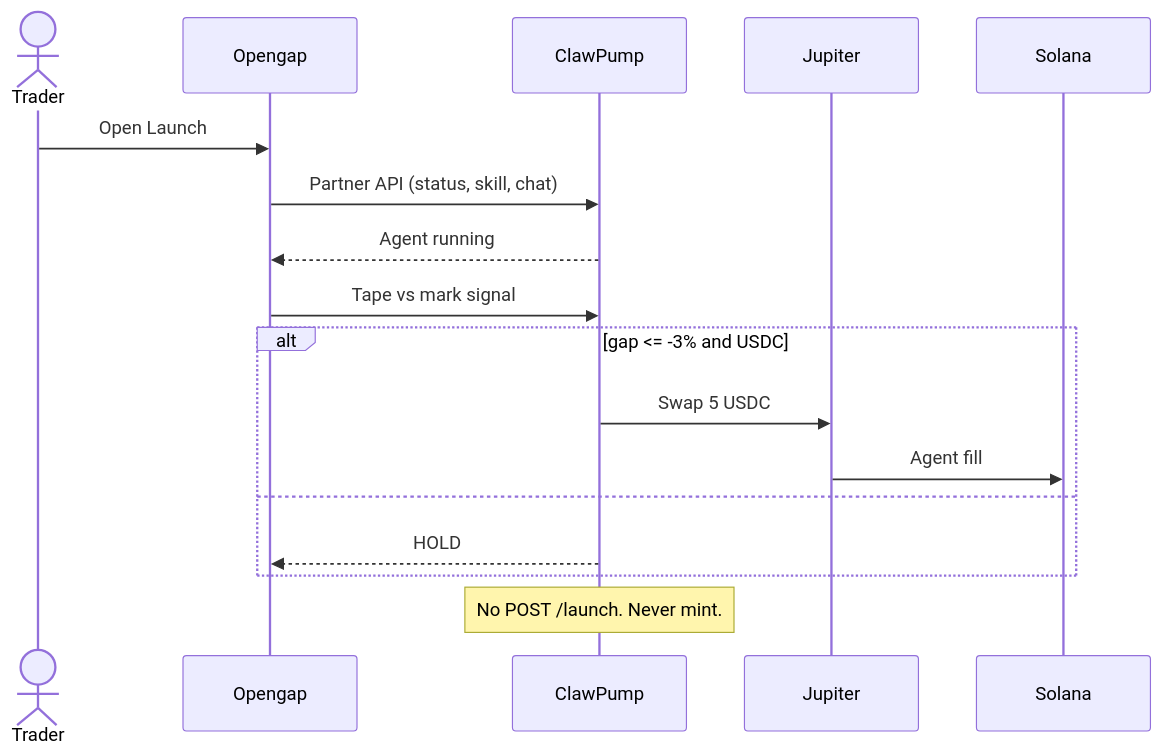
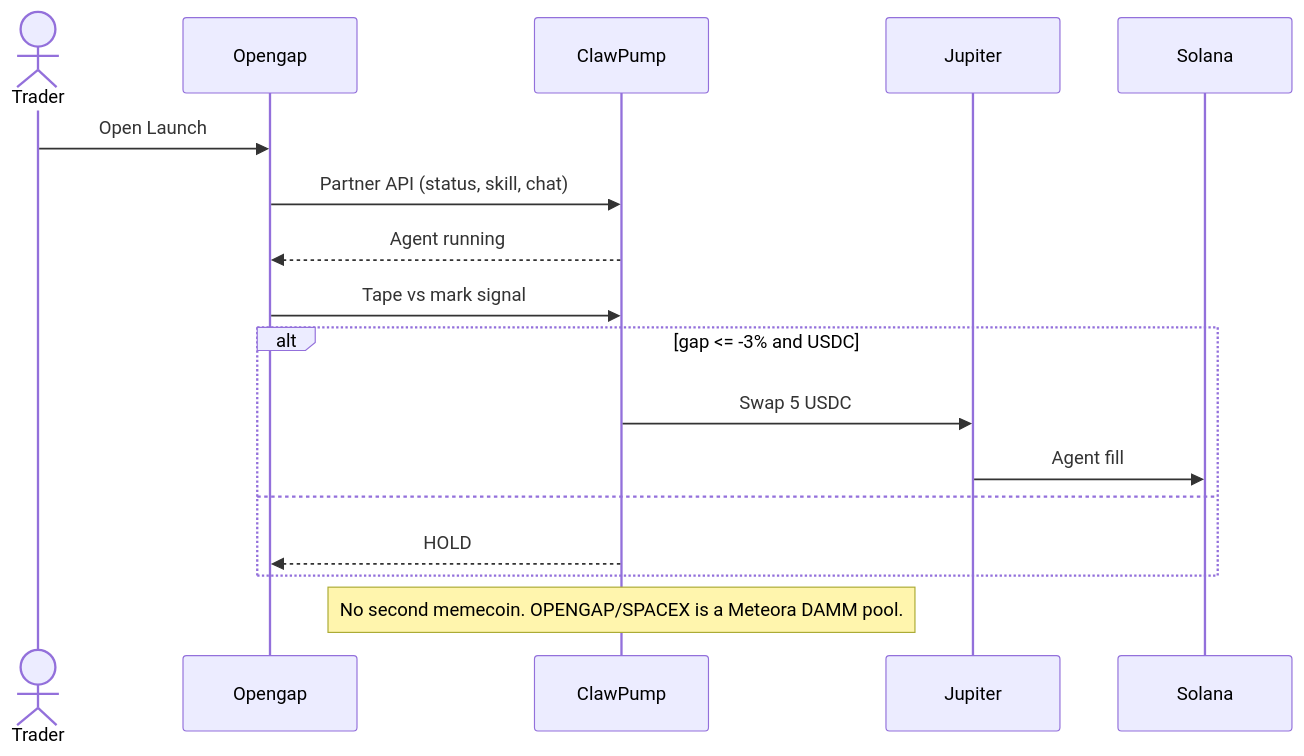
The seventh of 8 diagrams in README.md (AmaanSayyad/OpenGap), drawn with Mermaid before and after one commit. The commit also changed other lines of this file and 14 other files, not shown here.

First line of the commit message:
Add the OPENGAP/SPACEX Meteora pool and drop the Launch pitch cards.

````diff
--- a/README.md
+++ b/README.md
@@ -250,20 +253,20 @@
 ```mermaid
 sequenceDiagram
   actor Trader
   participant App as Opengap
   participant Claw as ClawPump
   participant Jup as Jupiter
   participant Sol as Solana
 
   Trader->>App: Open Launch
   App->>Claw: Partner API (status, skill, chat)
   Claw-->>App: Agent running
   App->>Claw: Tape vs mark signal
   alt gap <= -3% and USDC
     Claw->>Jup: Swap 5 USDC
     Jup->>Sol: Agent fill
   else
     Claw-->>App: HOLD
   end
-  Note over Claw: No POST /launch. Never mint.
+  Note over Claw: No second memecoin. OPENGAP/SPACEX is a Meteora DAMM pool.
 ```
````
